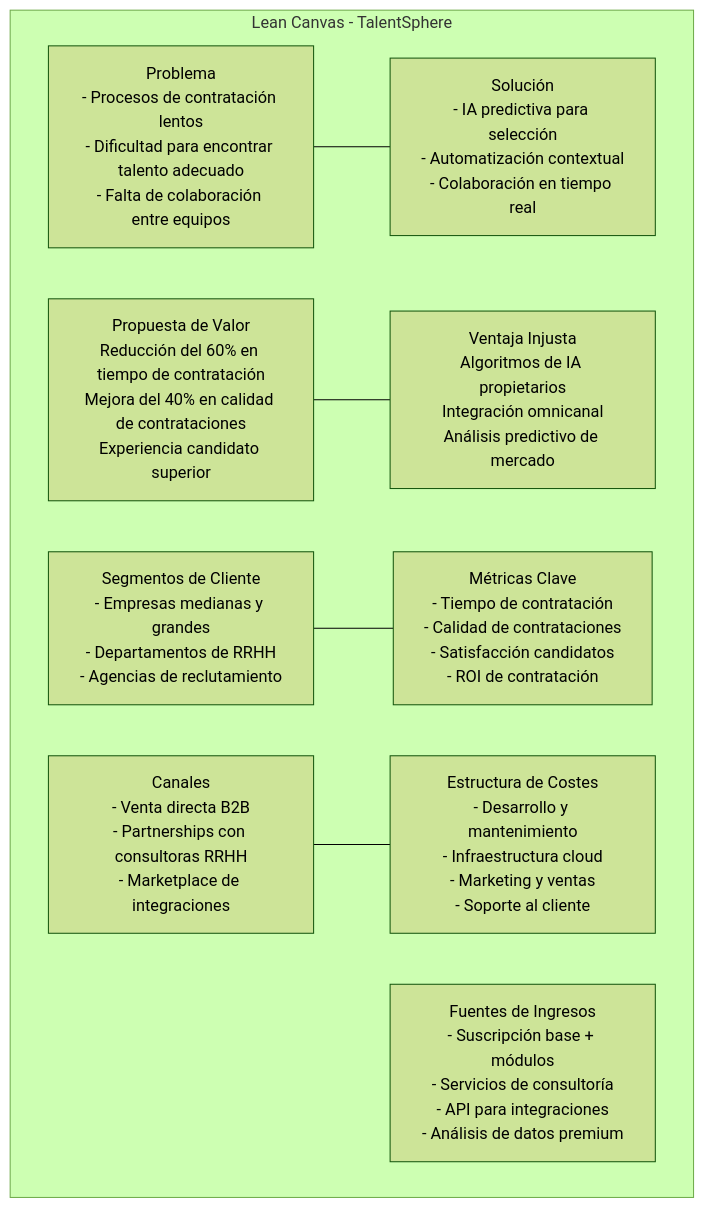
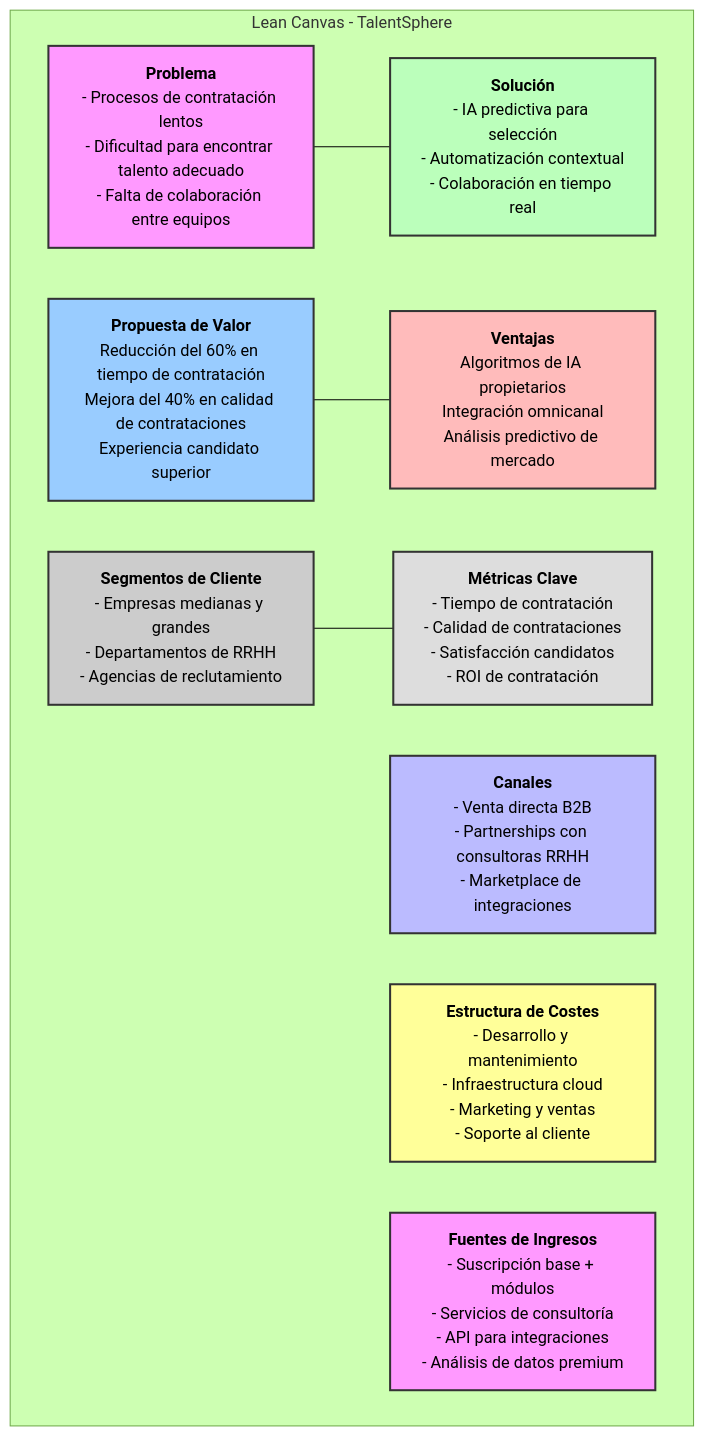
Before and after one commit to felipemarin/ai4devs-design-1: the first of 10 diagrams in LTI-LBN/LTI-LBN.md, drawn with Mermaid (forest theme).

Commit message:
Mejora diagrama Lean Canvas

````diff
--- a/LTI-LBN/LTI-LBN.md
+++ b/LTI-LBN/LTI-LBN.md
@@ -27,16 +27,28 @@
 ```mermaid
 graph TD
     subgraph "Lean Canvas - TalentSphere"
     
-    A[Problema<br/>- Procesos de contratación lentos<br/>- Dificultad para encontrar talento adecuado<br/>- Falta de colaboración entre equipos] --- B[Solución<br/>- IA predictiva para selección<br/>- Automatización contextual<br/>- Colaboración en tiempo real]
+    style A fill:#f9f,stroke:#333,stroke-width:2px,color:#000
+    style B fill:#bfb,stroke:#333,stroke-width:2px,color:#000
+    style C fill:#9cf,stroke:#333,stroke-width:2px,color:#000
+    style D fill:#fbb,stroke:#333,stroke-width:2px,color:#000
+    style E fill:#ccc,stroke:#333,stroke-width:2px,color:#000
+    style F fill:#ddd,stroke:#333,stroke-width:2px,color:#000
+    style G fill:#bbf,stroke:#333,stroke-width:2px,color:#000
+    style H fill:#ff9,stroke:#333,stroke-width:2px,color:#000
+    style I fill:#f9f,stroke:#333,stroke-width:2px,color:#000
     
-    C[Propuesta de Valor<br/>Reducción del 60% en tiempo de contratación<br/>Mejora del 40% en calidad de contrataciones<br/>Experiencia candidato superior] --- D[Ventaja Injusta<br/>Algoritmos de IA propietarios<br/>Integración omnicanal<br/>Análisis predictivo de mercado]
+    A[<b>Problema</b><br/>- Procesos de contratación lentos<br/>- Dificultad para encontrar talento adecuado<br/>- Falta de colaboración entre equipos] --- B[<b>Solución</b><br/>- IA predictiva para selección<br/>- Automatización contextual<br/>- Colaboración en tiempo real]
     
-    E[Segmentos de Cliente<br/>- Empresas medianas y grandes<br/>- Departamentos de RRHH<br/>- Agencias de reclutamiento] --- F[Métricas Clave<br/>- Tiempo de contratación<br/>- Calidad de contrataciones<br/>- Satisfacción candidatos<br/>- ROI de contratación]
+    C[<b>Propuesta de Valor</b><br/>Reducción del 60% en tiempo de contratación<br/>Mejora del 40% en calidad de contrataciones<br/>Experiencia candidato superior] --- D[<b>Ventajas</b><br/>Algoritmos de IA propietarios<br/>Integración omnicanal<br/>Análisis predictivo de mercado]
     
-    G[Canales<br/>- Venta directa B2B<br/>- Partnerships con consultoras RRHH<br/>- Marketplace de integraciones] --- H[Estructura de Costes<br/>- Desarrollo y mantenimiento<br/>- Infraestructura cloud<br/>- Marketing y ventas<br/>- Soporte al cliente]
+    E[<b>Segmentos de Cliente</b><br/>- Empresas medianas y grandes<br/>- Departamentos de RRHH<br/>- Agencias de reclutamiento] --- F[<b>Métricas Clave</b><br/>- Tiempo de contratación<br/>- Calidad de contrataciones<br/>- Satisfacción candidatos<br/>- ROI de contratación]
     
-    I[Fuentes de Ingresos<br/>- Suscripción base + módulos<br/>- Servicios de consultoría<br/>- API para integraciones<br/>- Análisis de datos premium]
+    G[<b>Canales</b><br/>- Venta directa B2B<br/>- Partnerships con consultoras RRHH<br/>- Marketplace de integraciones] 
+    
+    H[<b>Estructura de Costes</b><br/>- Desarrollo y mantenimiento<br/>- Infraestructura cloud<br/>- Marketing y ventas<br/>- Soporte al cliente]
+    
+    I[<b>Fuentes de Ingresos</b><br/>- Suscripción base + módulos<br/>- Servicios de consultoría<br/>- API para integraciones<br/>- Análisis de datos premium]
     
     end
 ```
````
